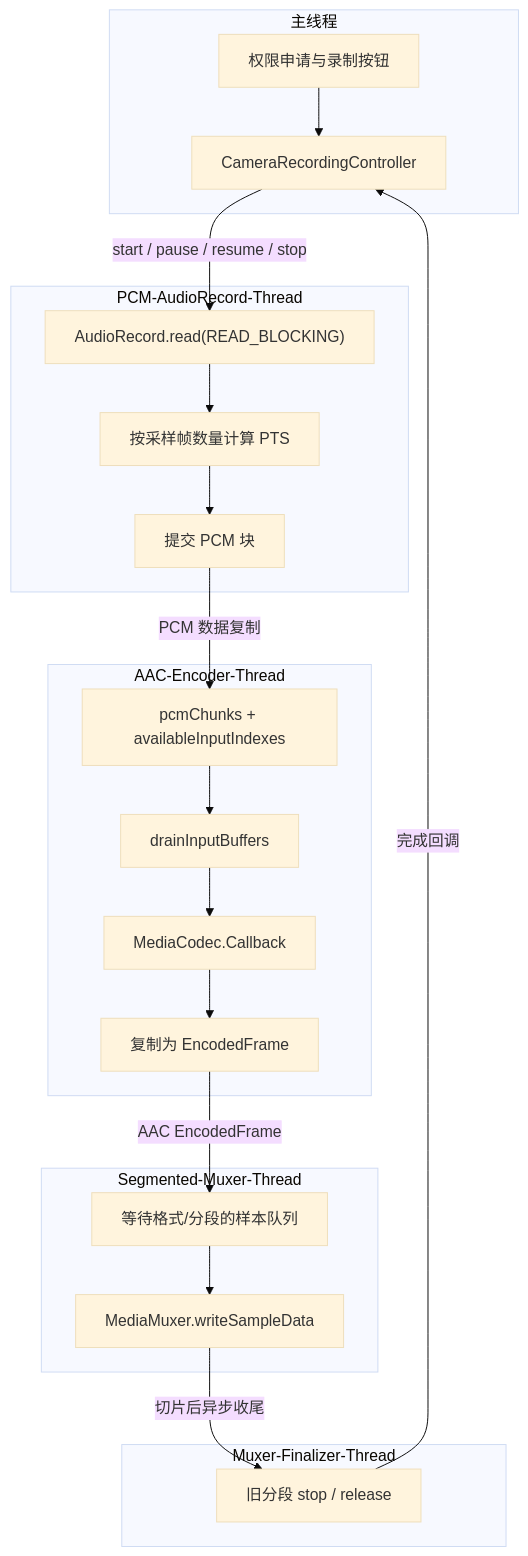
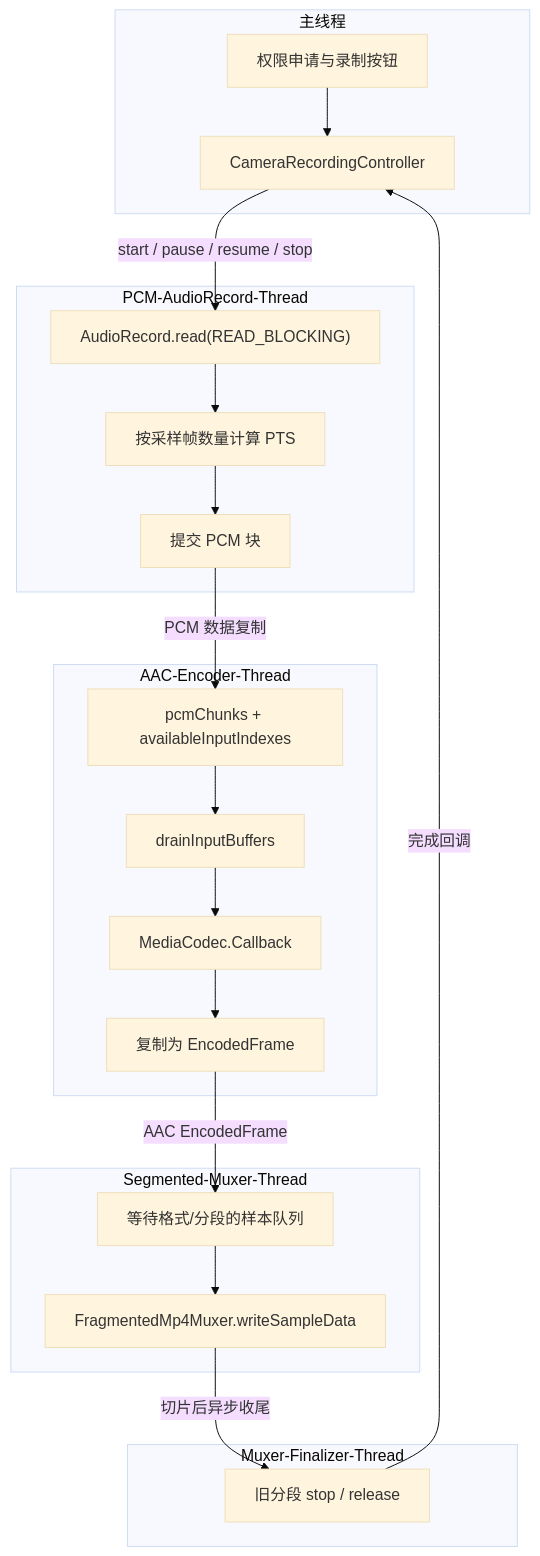
The second of 8 diagrams in docs/aac-recording-architecture.md (songzhixiang/BestScaffold), drawn with Mermaid (base theme) before and after one commit. The commit also changed other lines of this file and 9 other files, not shown here.

````diff
--- a/docs/aac-recording-architecture.md
+++ b/docs/aac-recording-architecture.md
@@ -73,39 +73,39 @@
 ```mermaid
 flowchart TB
     subgraph MAIN["主线程"]
         UI["权限申请与录制按钮"]
         Controller["CameraRecordingController"]
         UI --> Controller
     end
 
     subgraph RECORD["PCM-AudioRecord-Thread"]
         Read["AudioRecord.read(READ_BLOCKING)"]
         Timestamp["按采样帧数量计算 PTS"]
         Dispatch["提交 PCM 块"]
         Read --> Timestamp --> Dispatch
     end
 
     subgraph AAC["AAC-Encoder-Thread"]
         Pending["pcmChunks + availableInputIndexes"]
         Drain["drainInputBuffers"]
         Callback["MediaCodec.Callback"]
         Copy["复制为 EncodedFrame"]
         Pending --> Drain --> Callback --> Copy
     end
 
     subgraph MUX["Segmented-Muxer-Thread"]
         Samples["等待格式/分段的样本队列"]
-        Write["MediaMuxer.writeSampleData"]
+        Write["FragmentedMp4Muxer.writeSampleData"]
         Samples --> Write
     end
 
     subgraph FINALIZE["Muxer-Finalizer-Thread"]
         Close["旧分段 stop / release"]
     end
 
     Controller -->|"start / pause / resume / stop"| Read
     Dispatch -->|"PCM 数据复制"| Pending
     Copy -->|"AAC EncodedFrame"| Samples
     Write -->|"切片后异步收尾"| Close
     Close -->|"完成回调"| Controller
 ```
````
